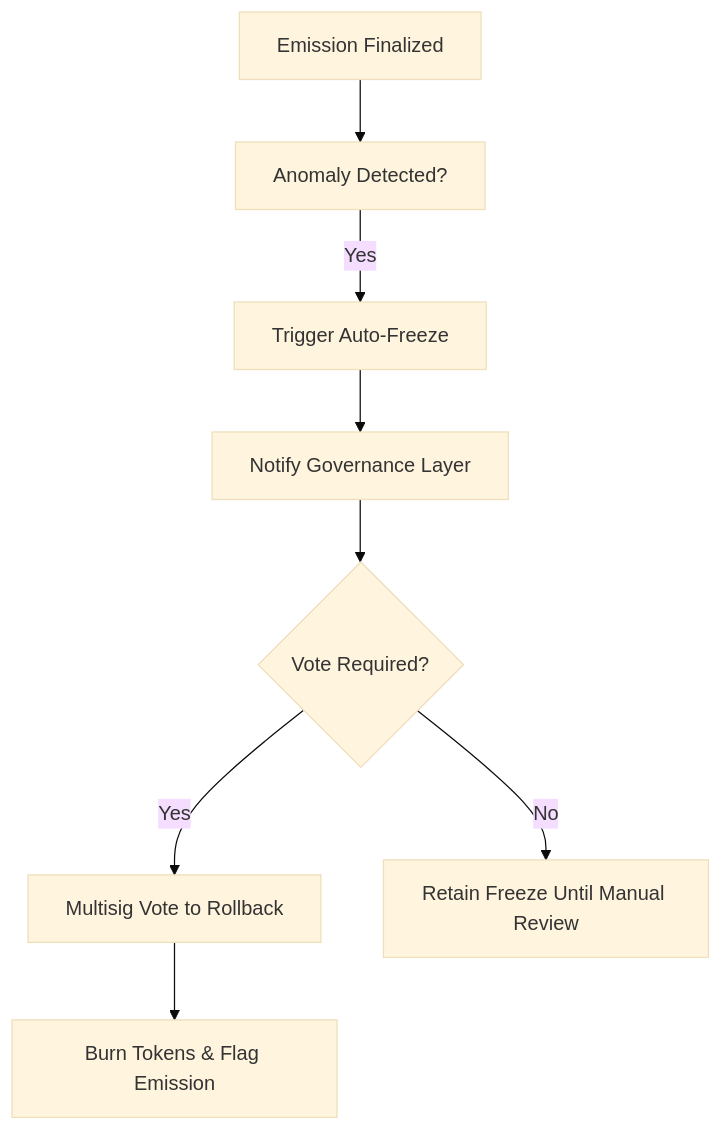
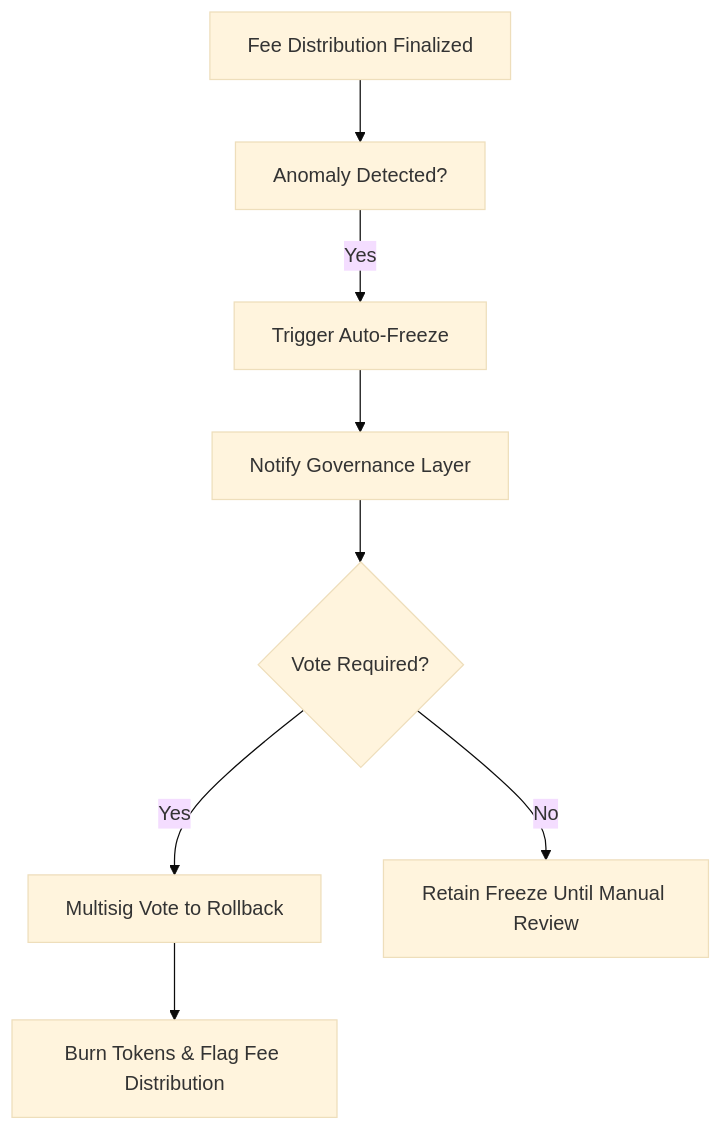
Before and after one commit to Aros-Technology-Studio/AST-Aros-Financial-Paradigm: the diagram in 08_fee_distribution/emission_rollbacks_and_freeze_rules.md, drawn with Mermaid (base theme). The commit also changed other lines of this file and 69 other files, not shown here.

````diff
--- a/08_fee_distribution/emission_rollbacks_and_freeze_rules.md
+++ b/08_fee_distribution/emission_rollbacks_and_freeze_rules.md
@@ -83,11 +83,11 @@
 ```mermaid
 flowchart TD
-    A[Emission Finalized] --> B[Anomaly Detected?]
+    A[Fee Distribution Finalized] --> B[Anomaly Detected?]
     B -- Yes --> C[Trigger Auto-Freeze]
     C --> D[Notify Governance Layer]
     D --> E{Vote Required?}
     E -- Yes --> F[Multisig Vote to Rollback]
-    F --> G[Burn Tokens & Flag Emission]
+    F --> G[Burn Tokens & Flag Fee Distribution]
     E -- No --> H[Retain Freeze Until Manual Review]
 
 ```
````
